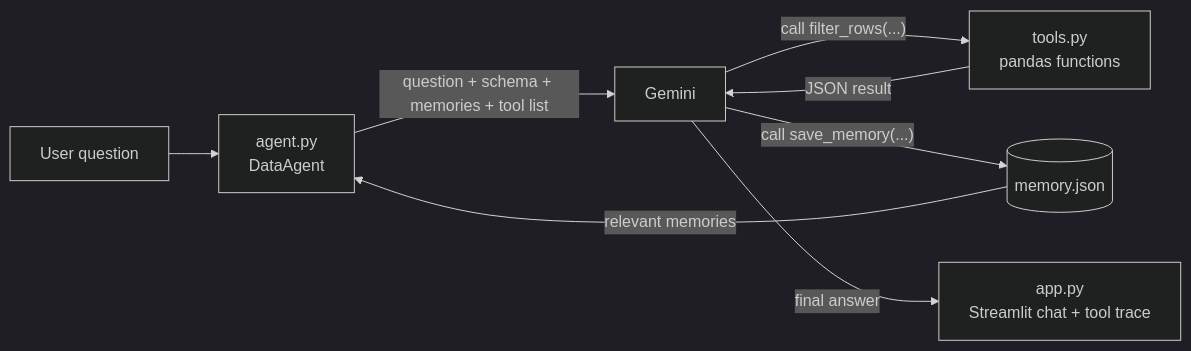
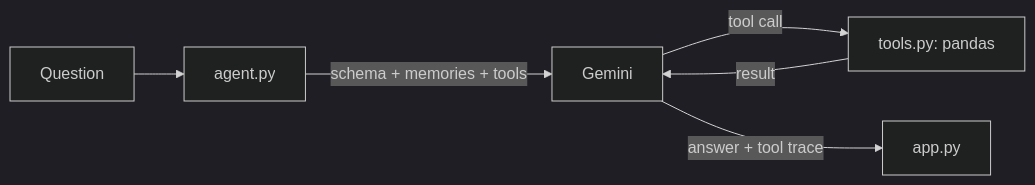
The diagram in README.md (pulkitsobti/csv-analysis-agent), drawn with Mermaid (dark theme) before and after one commit. The commit also changed other lines of this file, not shown here.

````diff
--- a/README.md
+++ b/README.md
@@ -28,10 +15,8 @@
 ```mermaid
 flowchart LR
-    U[User question] --> A[agent.py<br/>DataAgent]
-    M[(memory.json)] -- relevant memories --> A
-    A -- question + schema + memories + tool list --> G[Gemini]
-    G -- "call filter_rows(...)" --> T[tools.py<br/>pandas functions]
-    T -- JSON result --> G
-    G -- "call save_memory(...)" --> M
-    G -- final answer --> UI[app.py<br/>Streamlit chat + tool trace]
+    Q[Question] --> A[agent.py]
+    A -- schema + memories + tools --> G[Gemini]
+    G -- tool call --> T[tools.py: pandas]
+    T -- result --> G
+    G -- answer + tool trace --> UI[app.py]
 ```
````
